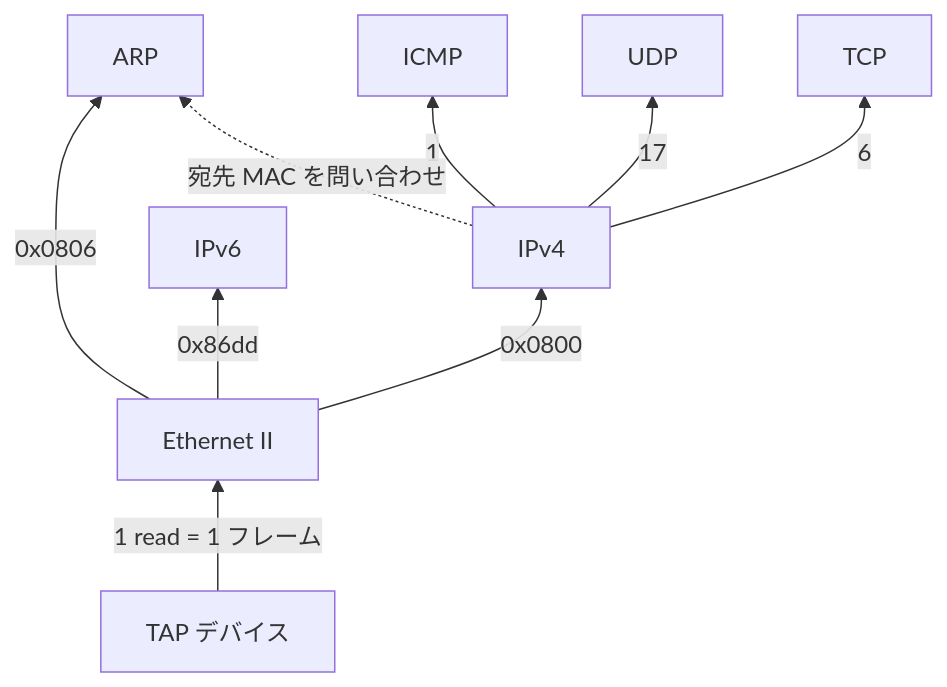
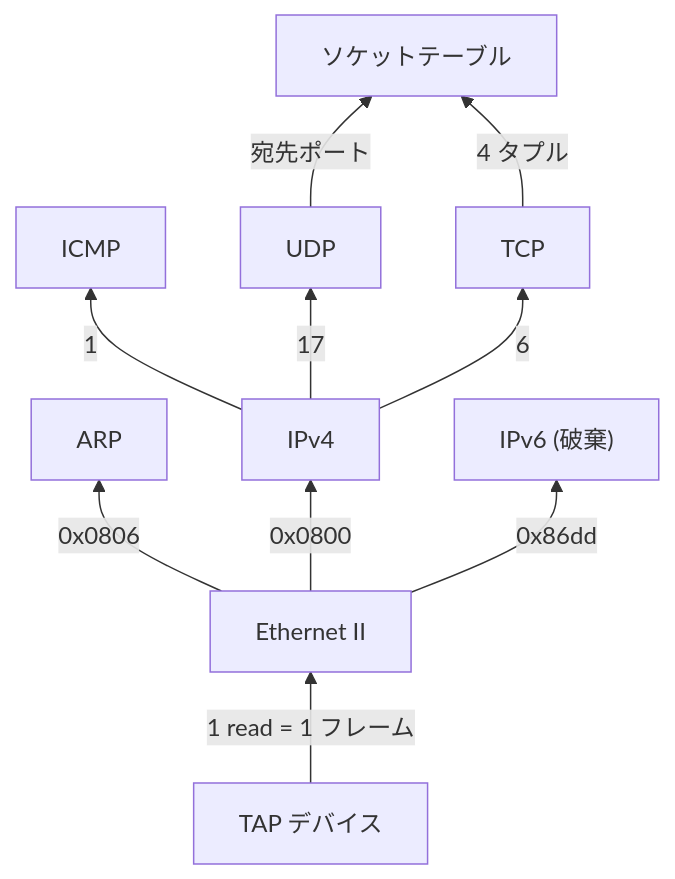
Before and after one commit to JauneBrillant/tcpipz: the second of 3 diagrams in README.md, drawn with Mermaid. The commit also changed other lines of this file, not shown here.

````diff
--- a/README.md
+++ b/README.md
@@ -34,20 +42,22 @@
 ```mermaid
 flowchart BT
     TAP["TAP デバイス"]
     ETH["Ethernet II"]
     ARP["ARP"]
     IP["IPv4"]
-    V6["IPv6"]
+    V6["IPv6 (破棄)"]
     ICMP["ICMP"]
     UDP["UDP"]
     TCP["TCP"]
+    SOCK["ソケットテーブル"]
 
     TAP -->|"1 read = 1 フレーム"| ETH
     ETH -->|"0x0806"| ARP
     ETH -->|"0x0800"| IP
     ETH -->|"0x86dd"| V6
     IP -->|"1"| ICMP
     IP -->|"17"| UDP
     IP -->|"6"| TCP
-    IP -.->|"宛先 MAC を問い合わせ"| ARP
+    UDP -->|"宛先ポート"| SOCK
+    TCP -->|"4 タプル"| SOCK
 ```
````
